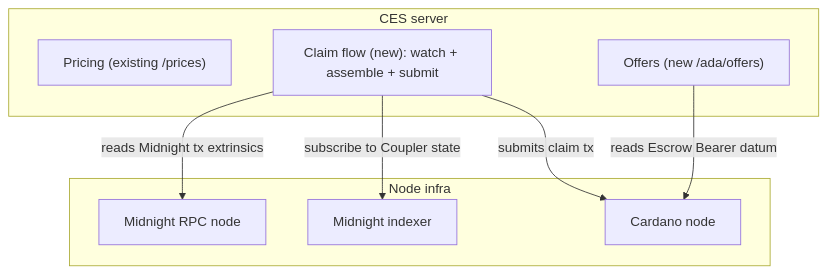
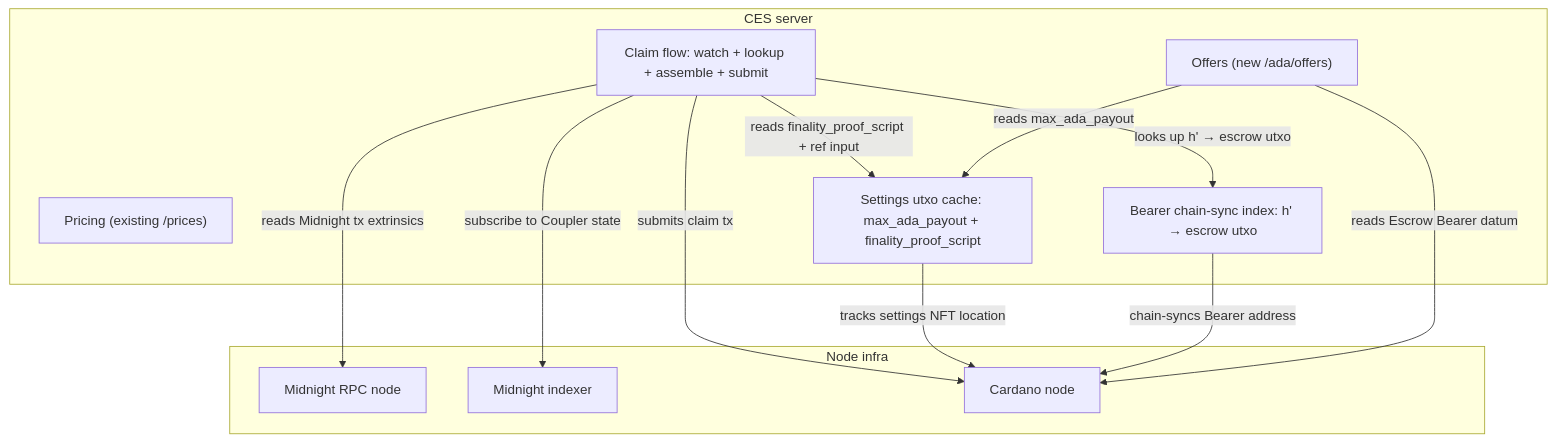
The first of 2 diagrams in packages/bridgeless-claim/docs/LP_INFRA.md (SundaeSwap-finance/capacity-exchange), drawn with Mermaid before and after one commit. The commit also changed other lines of this file and 3 other files, not shown here.

First line of the commit message:
docs(bridgeless-claim): phases + settings utxo

````diff
--- a/packages/bridgeless-claim/docs/LP_INFRA.md
+++ b/packages/bridgeless-claim/docs/LP_INFRA.md
@@ -19,20 +21,27 @@
 ```mermaid
 flowchart TB
     subgraph LP_server["CES server"]
         Pricing["Pricing (existing /prices)"]
         AdaOffers["Offers (new /ada/offers)"]
-        Claim["Claim flow (new): watch + assemble + submit"]
+        Index["Bearer chain-sync index: h' → escrow utxo"]
+        Settings["Settings utxo cache: max_ada_payout + finality_proof_script"]
+        Claim["Claim flow: watch + lookup + assemble + submit"]
     end
 
     subgraph nodes["Node infra"]
         MidnightRPC["Midnight RPC node"]
         MidnightIndexer["Midnight indexer"]
         CardanoRPC["Cardano node"]
     end
 
 
     AdaOffers -->|reads Escrow Bearer datum| CardanoRPC
+    AdaOffers -->|reads max_ada_payout| Settings
+    Index -->|chain-syncs Bearer address| CardanoRPC
+    Settings -->|tracks settings NFT location| CardanoRPC
     Claim -->|subscribe to Coupler state| MidnightIndexer
+    Claim -->|looks up h' → escrow utxo| Index
+    Claim -->|reads finality_proof_script + ref input| Settings
     Claim -->|reads Midnight tx extrinsics| MidnightRPC
     Claim -->|submits claim tx| CardanoRPC
 ```
````
